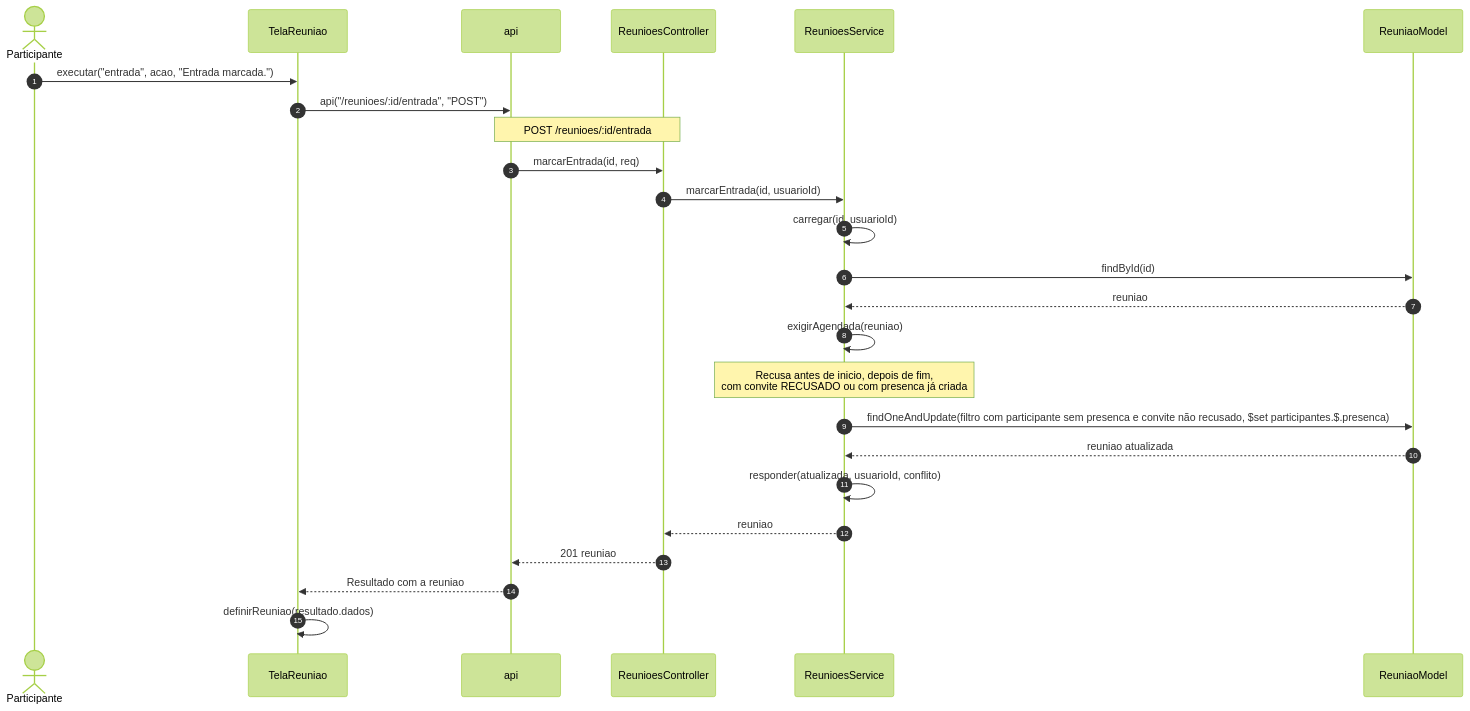
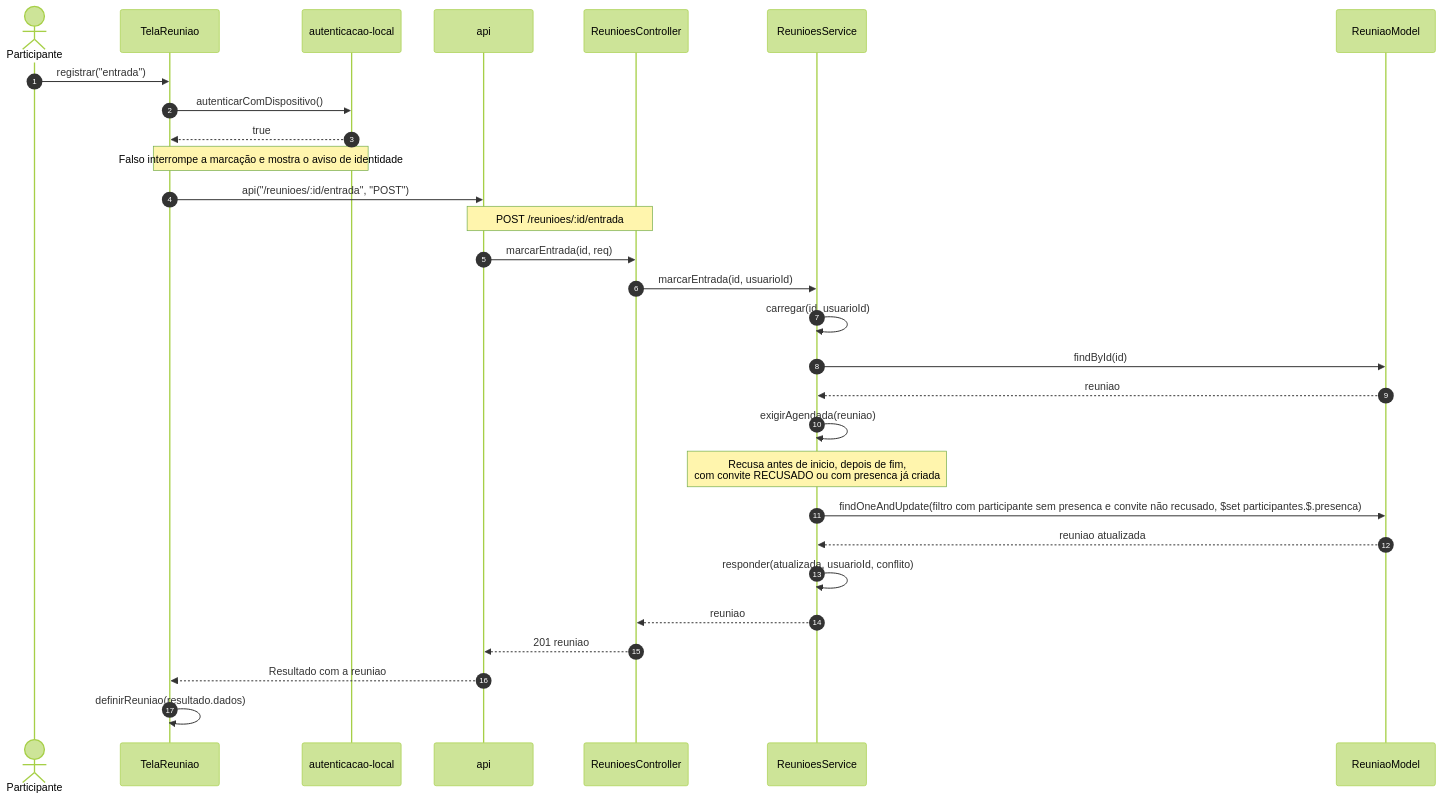
One commit to Conecta-IFSP/DOCUMENTATION changed the sixth of 13 diagrams in 3 - Incremento2/reunioes/6 - diagramas-sequencia-reunioes.md. Above: the diagram before and after it, drawn with Mermaid (forest theme). The commit also changed other lines of this file and 11 other files, not shown here.

````diff
--- a/3 - Incremento2/reunioes/6 - diagramas-sequencia-reunioes.md
+++ b/3 - Incremento2/reunioes/6 - diagramas-sequencia-reunioes.md
@@ -179,27 +187,31 @@
 ```mermaid
 sequenceDiagram
     autonumber
     actor U as Participante
     participant T as TelaReuniao
+    participant L as autenticacao-local
     participant A as api
     participant C as ReunioesController
     participant S as ReunioesService
     participant M as ReuniaoModel
-    U->>T: executar("entrada", acao, "Entrada marcada.")
+    U->>T: registrar("entrada")
+    T->>L: autenticarComDispositivo()
+    L-->>T: true
+    Note over T,L: Falso interrompe a marcação e mostra o aviso de identidade
     T->>A: api("/reunioes/:id/entrada", "POST")
     Note over A,C: POST /reunioes/:id/entrada
     A->>C: marcarEntrada(id, req)
     C->>S: marcarEntrada(id, usuarioId)
     S->>S: carregar(id, usuarioId)
     S->>M: findById(id)
     M-->>S: reuniao
     S->>S: exigirAgendada(reuniao)
     Note over S: Recusa antes de inicio, depois de fim,<br/>com convite RECUSADO ou com presenca já criada
     S->>M: findOneAndUpdate(filtro com participante sem presenca e convite não recusado, $set participantes.$.presenca)
     M-->>S: reuniao atualizada
     S->>S: responder(atualizada, usuarioId, conflito)
     S-->>C: reuniao
     C-->>A: 201 reuniao
     A-->>T: Resultado com a reuniao
     T->>T: definirReuniao(resultado.dados)
 ```
````
